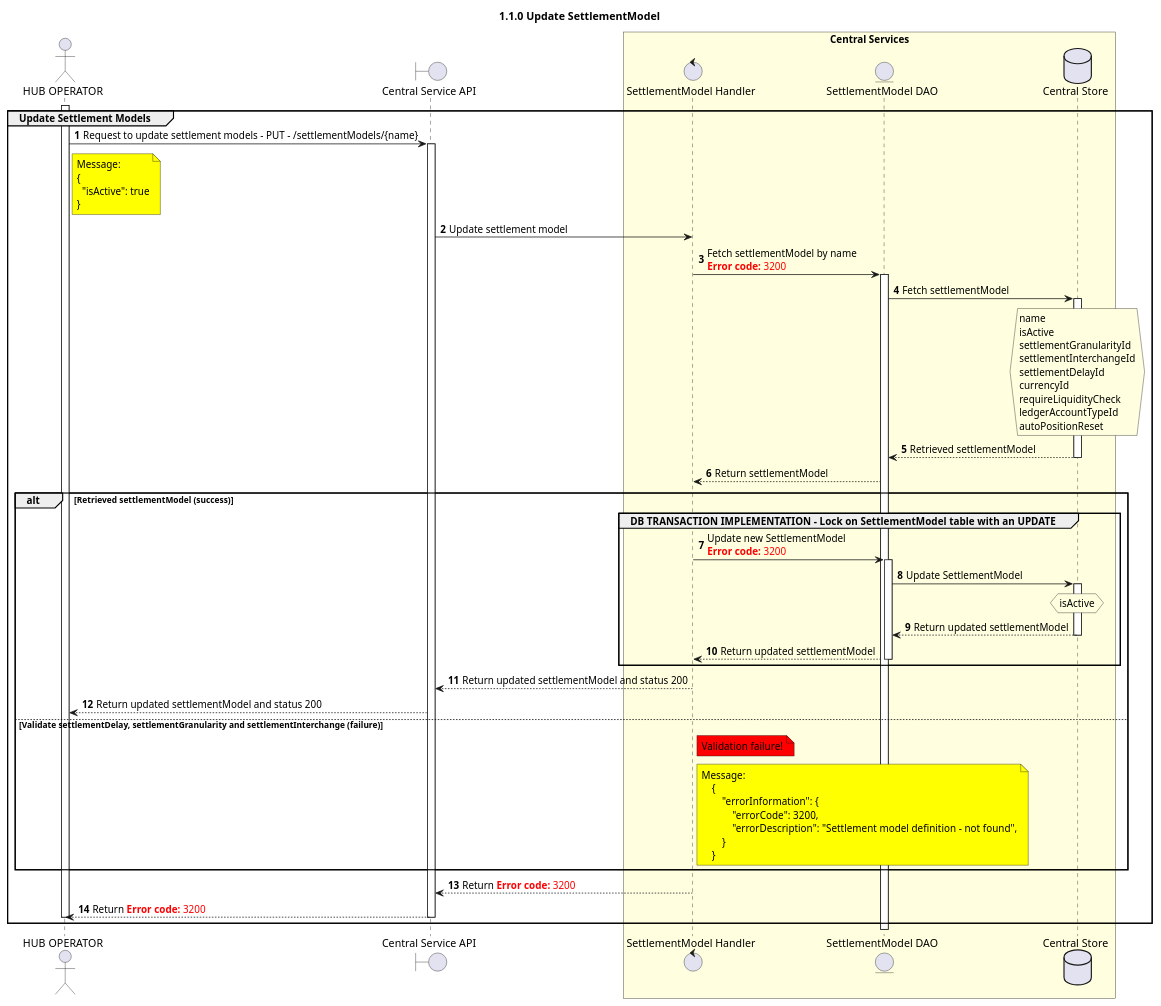
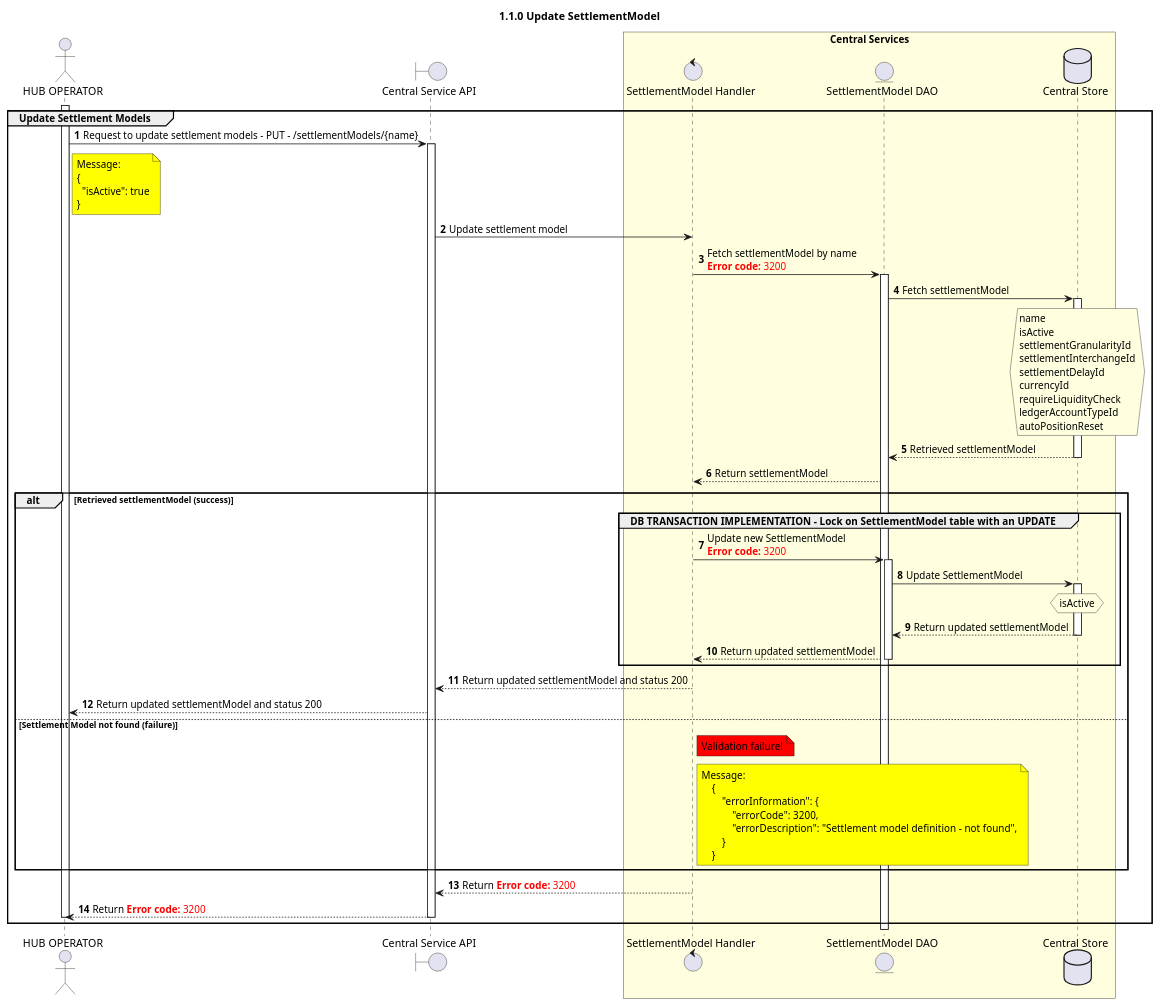
Before and after one commit to mojaloop/documentation: the diagram in mojaloop-technical-overview/central-ledger/assets/diagrams/sequence/seq-update-settlement-models-1.0.0.plantuml, drawn with PlantUML.

Commit message:
Updated response title

```diff
--- a/mojaloop-technical-overview/central-ledger/assets/diagrams/sequence/seq-update-settlement-models-1.0.0.plantuml
+++ b/mojaloop-technical-overview/central-ledger/assets/diagrams/sequence/seq-update-settlement-models-1.0.0.plantuml
@@ -25,101 +25,101 @@
 @startuml
 ' declare title
 title 1.1.0 Update SettlementModel
 
 autonumber
 
 ' declare actors
 actor "HUB OPERATOR" as OPERATOR
 boundary "Central Service API" as CSAPI
 control "SettlementModel Handler" as SETTLEMENTMODELS_HANDLER
 entity "Central Service API" as CSAPI
 entity "SettlementModel DAO" as SETTLEMENTMODELS_DAO
 database "Central Store" as DB
 
 box "Central Services" #LightYellow
 participant SETTLEMENTMODELS_HANDLER
 participant SETTLEMENTMODELS_DAO
 participant DB
 end box
 
 ' start flow
 
 activate OPERATOR
 group Update Settlement Models
     OPERATOR -> CSAPI: Request to update settlement models - PUT - /settlementModels/{name}
     note right of OPERATOR #yellow
         Message:
         {
           "isActive": true
         }
     end note
 
     activate CSAPI
     CSAPI -> SETTLEMENTMODELS_HANDLER: Update settlement model
     SETTLEMENTMODELS_HANDLER ->SETTLEMENTMODELS_DAO:  Fetch settlementModel by name \n<color #FF0000><b>Error code:</b> 3200</color>
                     activate SETTLEMENTMODELS_DAO
                     SETTLEMENTMODELS_DAO -> DB: Fetch settlementModel
                     activate DB
                     hnote over DB #lightyellow
                         name
                         isActive
                         settlementGranularityId
                         settlementInterchangeId
                         settlementDelayId
                         currencyId
                         requireLiquidityCheck
                         ledgerAccountTypeId
                         autoPositionReset
                     end note
                     DB --> SETTLEMENTMODELS_DAO: Retrieved settlementModel
                     deactivate DB
                     SETTLEMENTMODELS_DAO --> SETTLEMENTMODELS_HANDLER: Return settlementModel
     alt Retrieved settlementModel (success)
 
                         Group DB TRANSACTION IMPLEMENTATION - Lock on SettlementModel table with an UPDATE
 
                         SETTLEMENTMODELS_HANDLER ->SETTLEMENTMODELS_DAO:  Update new SettlementModel \n<color #FF0000><b>Error code:</b> 3200</color>
 
                         activate SETTLEMENTMODELS_DAO
 
                         SETTLEMENTMODELS_DAO -> DB: Update SettlementModel
                         activate DB
                         hnote over DB #lightyellow
                             isActive
                         end note
                         DB --> SETTLEMENTMODELS_DAO: Return updated settlementModel
                         deactivate DB
                         SETTLEMENTMODELS_DAO --> SETTLEMENTMODELS_HANDLER: Return updated settlementModel
 
 
                         deactivate SETTLEMENTMODELS_DAO
                 ' Release Lock on SettlementModel table
                     End
 
             SETTLEMENTMODELS_HANDLER --> CSAPI: Return updated settlementModel and status 200
 
             CSAPI --> OPERATOR: Return updated settlementModel and status 200
 
-    else Validate settlementDelay, settlementGranularity and settlementInterchange (failure)
+    else Settlement Model not found (failure)
         note right of SETTLEMENTMODELS_HANDLER #red: Validation failure!
 
         note right of SETTLEMENTMODELS_HANDLER #yellow
             Message:
                 {
                     "errorInformation": {
                         "errorCode": 3200,
                         "errorDescription": "Settlement model definition - not found",
                     }
                 }
         end note
 
     end
         SETTLEMENTMODELS_HANDLER -->CSAPI: Return <color #FF0000><b>Error code:</b> 3200</color>
         deactivate SETTLEMENTMODELS_HANDLER
         CSAPI -->OPERATOR: Return <color #FF0000><b>Error code:</b> 3200</color>
 
     deactivate SETTLEMENTMODELS_HANDLER
     deactivate CSAPI
     deactivate OPERATOR
 end
 @enduml
```
